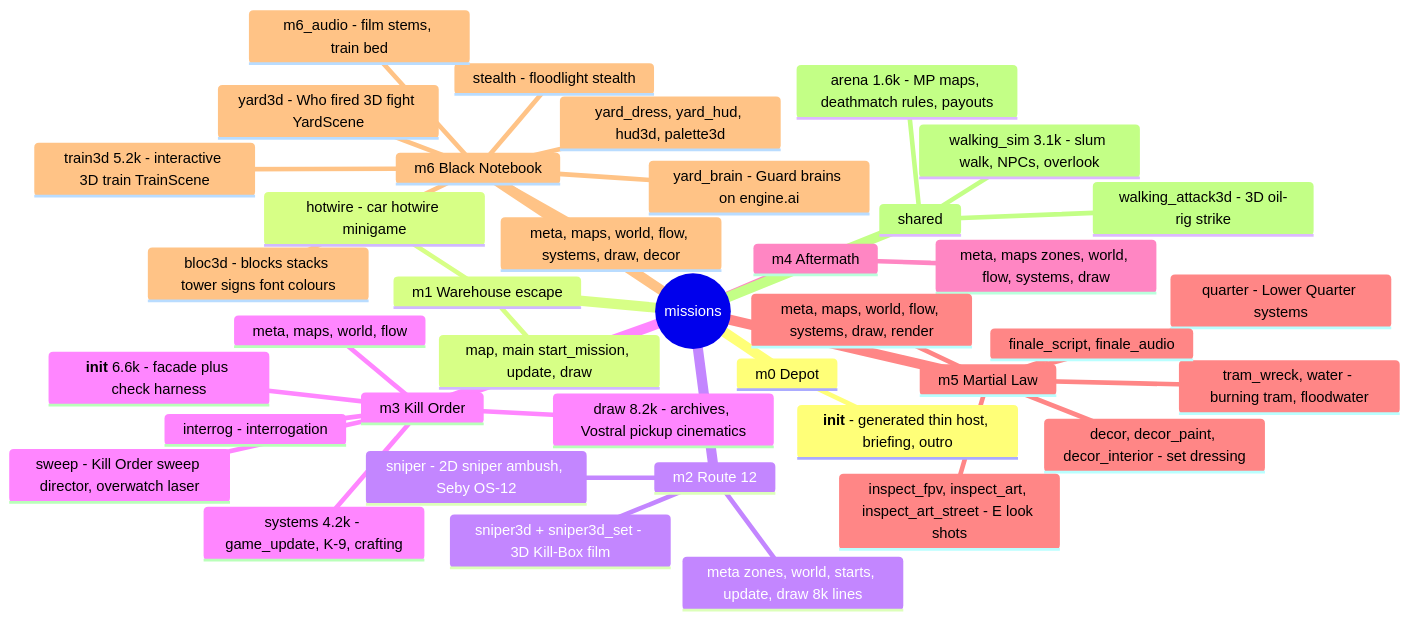
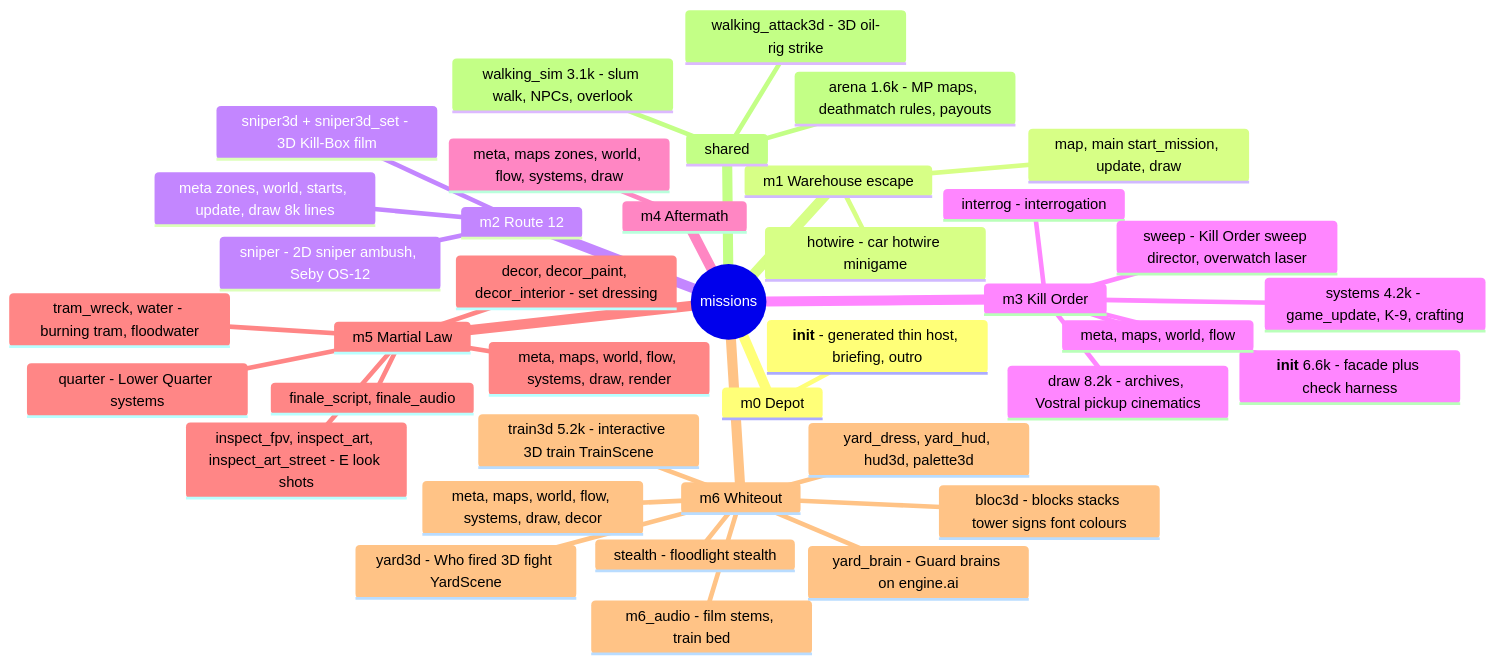
One commit to drept840-star/Call-Of-Acaristan changed the fifth of 9 diagrams in docs/project-mindmap.md. Above: the diagram before and after it, drawn with Mermaid. The commit also changed 232 other files, not shown here.

````diff
--- a/docs/project-mindmap.md
+++ b/docs/project-mindmap.md
@@ -261,42 +261,42 @@
 ```mermaid
 mindmap
   root((missions))
     m0 Depot
       __init__ - generated thin host, briefing, outro
     m1 Warehouse escape
       map, main start_mission, update, draw
       hotwire - car hotwire minigame
     m2 Route 12
       meta zones, world, starts, update, draw 8k lines
       sniper - 2D sniper ambush, Seby OS-12
       sniper3d + sniper3d_set - 3D Kill-Box film
     m3 Kill Order
       __init__ 6.6k - facade plus check harness
       meta, maps, world, flow
       systems 4.2k - game_update, K-9, crafting
       draw 8.2k - archives, Vostral pickup cinematics
       interrog - interrogation
       sweep - Kill Order sweep director, overwatch laser
     m4 Aftermath
       meta, maps zones, world, flow, systems, draw
     m5 Martial Law
       meta, maps, world, flow, systems, draw, render
       decor, decor_paint, decor_interior - set dressing
       quarter - Lower Quarter systems
       tram_wreck, water - burning tram, floodwater
       inspect_fpv, inspect_art, inspect_art_street - E look shots
       finale_script, finale_audio
-    m6 Black Notebook
+    m6 Whiteout
       meta, maps, world, flow, systems, draw, decor
       stealth - floodlight stealth
       train3d 5.2k - interactive 3D train TrainScene
       yard3d - Who fired 3D fight YardScene
       yard_brain - Guard brains on engine.ai
       yard_dress, yard_hud, hud3d, palette3d
       bloc3d - blocks stacks tower signs font colours
       m6_audio - film stems, train bed
     shared
       walking_sim 3.1k - slum walk, NPCs, overlook
       walking_attack3d - 3D oil-rig strike
       arena 1.6k - MP maps, deathmatch rules, payouts
 ```
````
